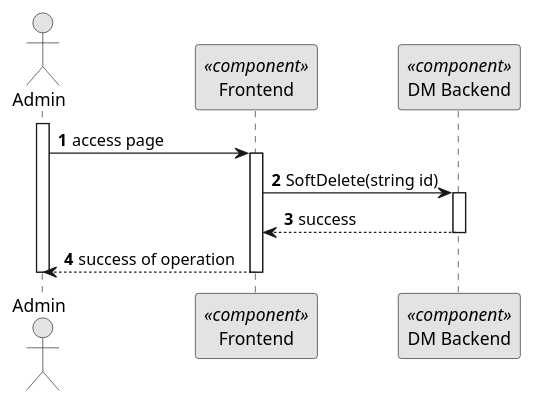
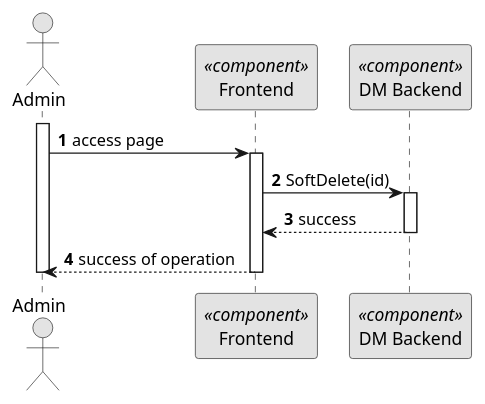
One commit to Ana-Miguel-Silva/SurgicalAppointmentAndResourceManagement changed the diagram in docs/BackofficeModule/5.1.14/level_two.puml. Above: the diagram before and after it, drawn with PlantUML. The commit also changed 11 other files, not shown here.

Commit message:
#13 #14 Update Level 1 and 2 Diagrams

```diff
--- a/docs/BackofficeModule/5.1.14/level_two.puml
+++ b/docs/BackofficeModule/5.1.14/level_two.puml
@@ -1,26 +1,26 @@
 @startuml 5.1.1
 skinparam monochrome true
 skinparam packageStyle rectangle
 skinparam shadowing false
 
 autonumber
 
 actor "Admin" as AD
 participant "Frontend" as FE <<component>>
 participant "DM Backend" as BE <<component>>
 
 
 
 activate AD
 AD -> FE: access page
 activate FE
-FE -> BE : SoftDelete(string id)
+FE -> BE : SoftDelete(id)
 activate BE
 BE --> FE: success
 deactivate BE
 FE --> AD : success of operation
 deactivate FE
 deactivate AD
 
 
 @enduml
```
